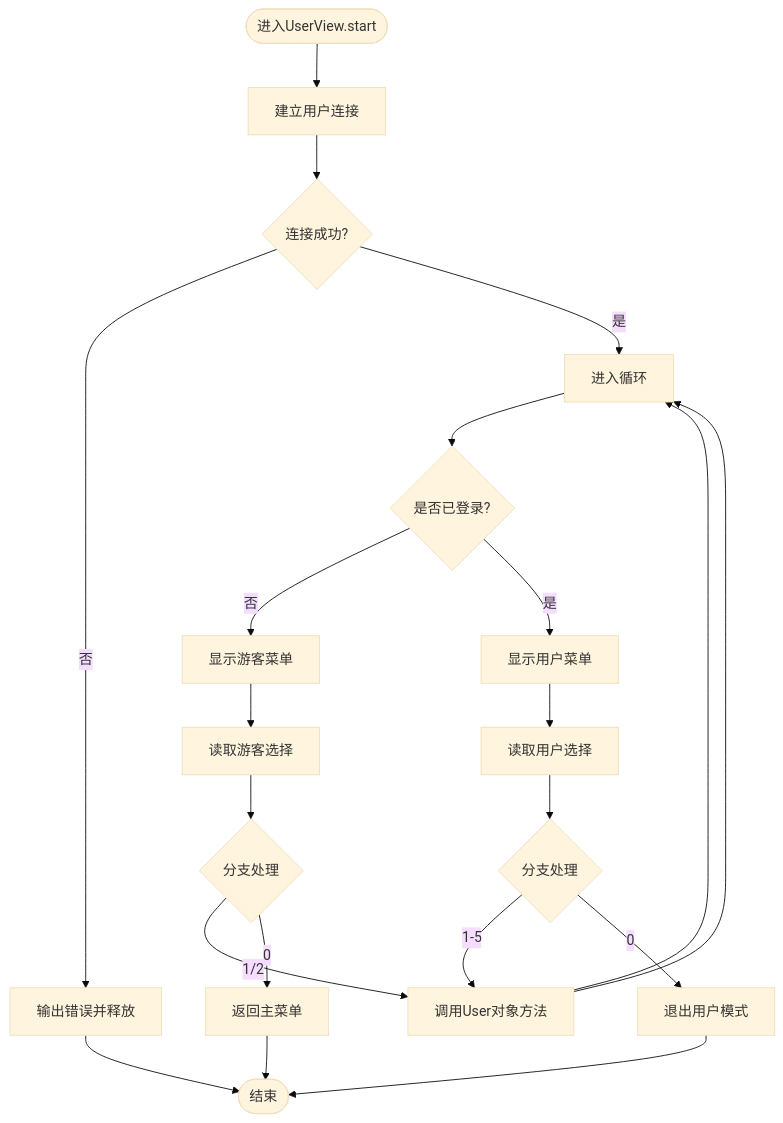
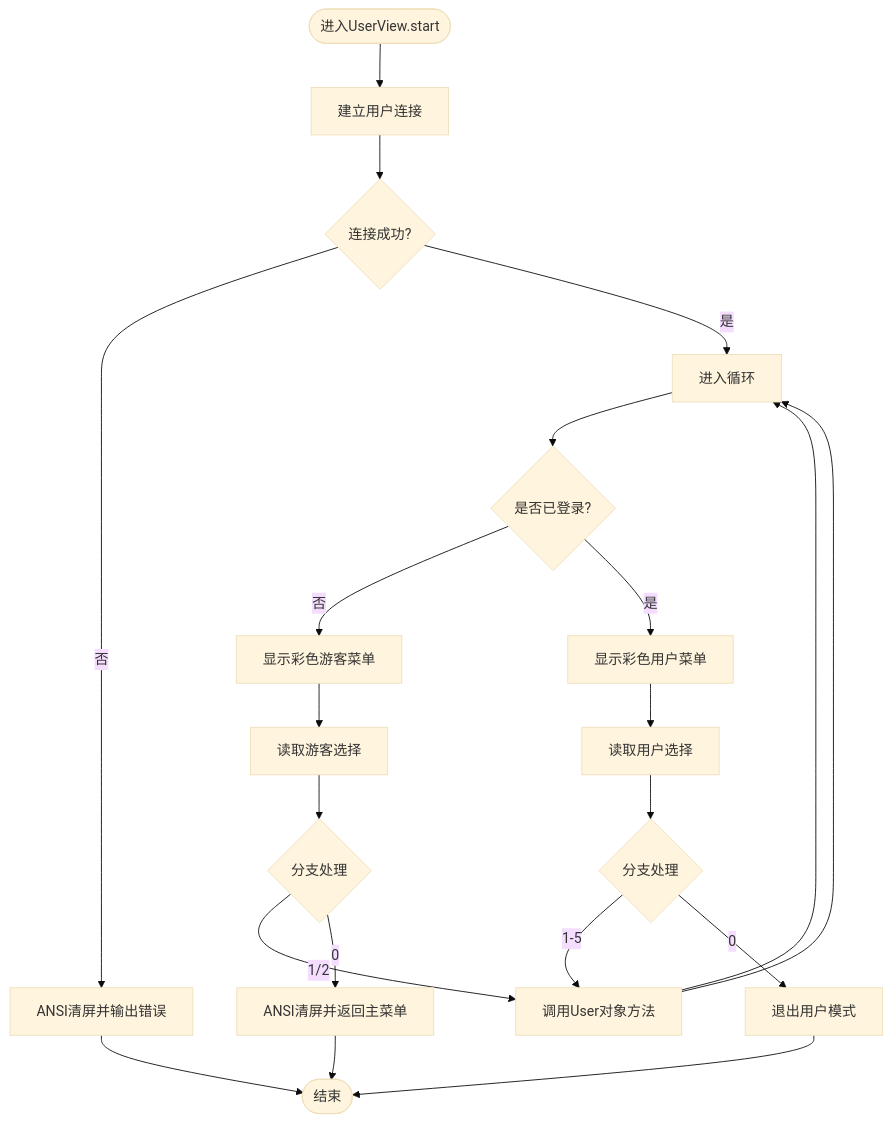
Before and after one commit to jinpeng900/OJ-Test: the fifth of 7 diagrams in .qoder/repowiki/zh/content/系统架构设计/视图管理层设计.md, drawn with Mermaid (base theme). The commit also changed other lines of this file and 5 other files, not shown here.

````diff
--- a/.qoder/repowiki/zh/content/系统架构设计/视图管理层设计.md
+++ b/.qoder/repowiki/zh/content/系统架构设计/视图管理层设计.md
@@ -247,18 +278,18 @@
 ```mermaid
 flowchart TD
 StartUV(["进入UserView.start"]) --> Conn["建立用户连接"]
 Conn --> ConnOK{"连接成功?"}
-ConnOK --> |否| Err["输出错误并释放"] --> EndUV(["结束"])
+ConnOK --> |否| Err["ANSI清屏并输出错误"] --> EndUV(["结束"])
 ConnOK --> |是| Loop["进入循环"]
 Loop --> State{"是否已登录?"}
-State --> |否| Guest["显示游客菜单"]
-State --> |是| UserMenu["显示用户菜单"]
+State --> |否| Guest["显示彩色游客菜单"]
+State --> |是| UserMenu["显示彩色用户菜单"]
 Guest --> ReadGuest["读取游客选择"]
 UserMenu --> ReadUser["读取用户选择"]
 ReadGuest --> GuestSwitch{"分支处理"}
 ReadUser --> UserSwitch{"分支处理"}
 GuestSwitch --> |1/2| CallUser["调用User对象方法"] --> Loop
-GuestSwitch --> |0| Back["返回主菜单"] --> EndUV
+GuestSwitch --> |0| Back["ANSI清屏并返回主菜单"] --> EndUV
 UserSwitch --> |1-5| CallUser --> Loop
 UserSwitch --> |0| Logout["退出用户模式"] --> EndUV
 ```
````
